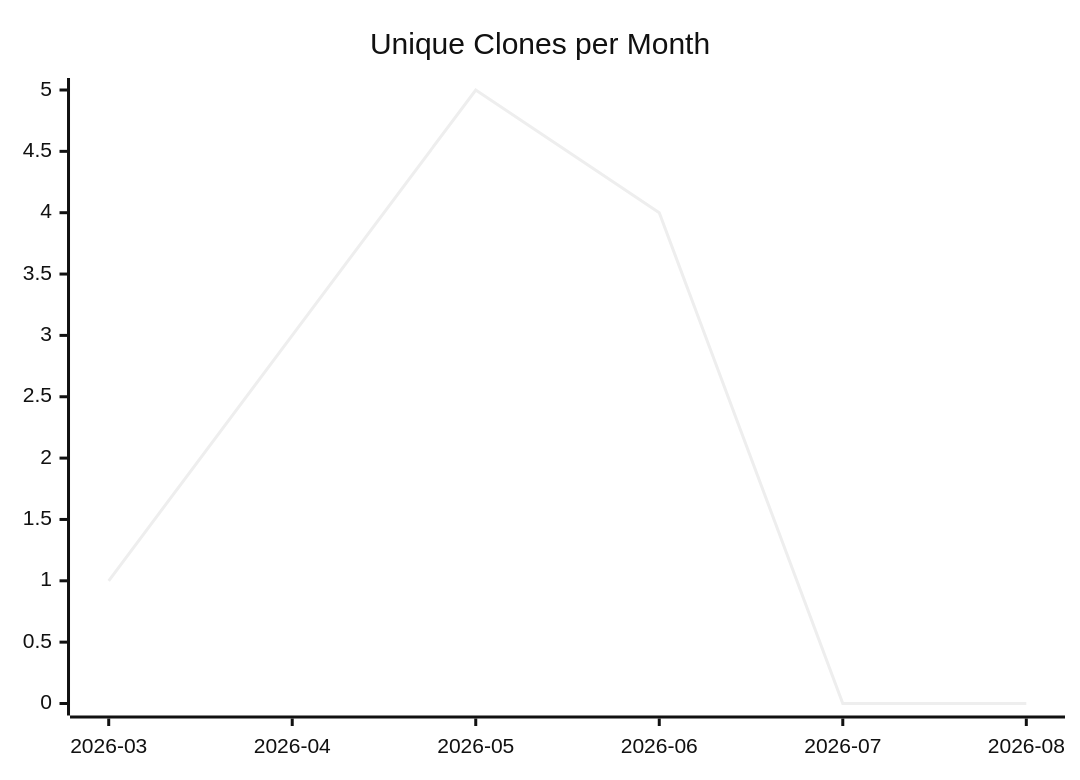
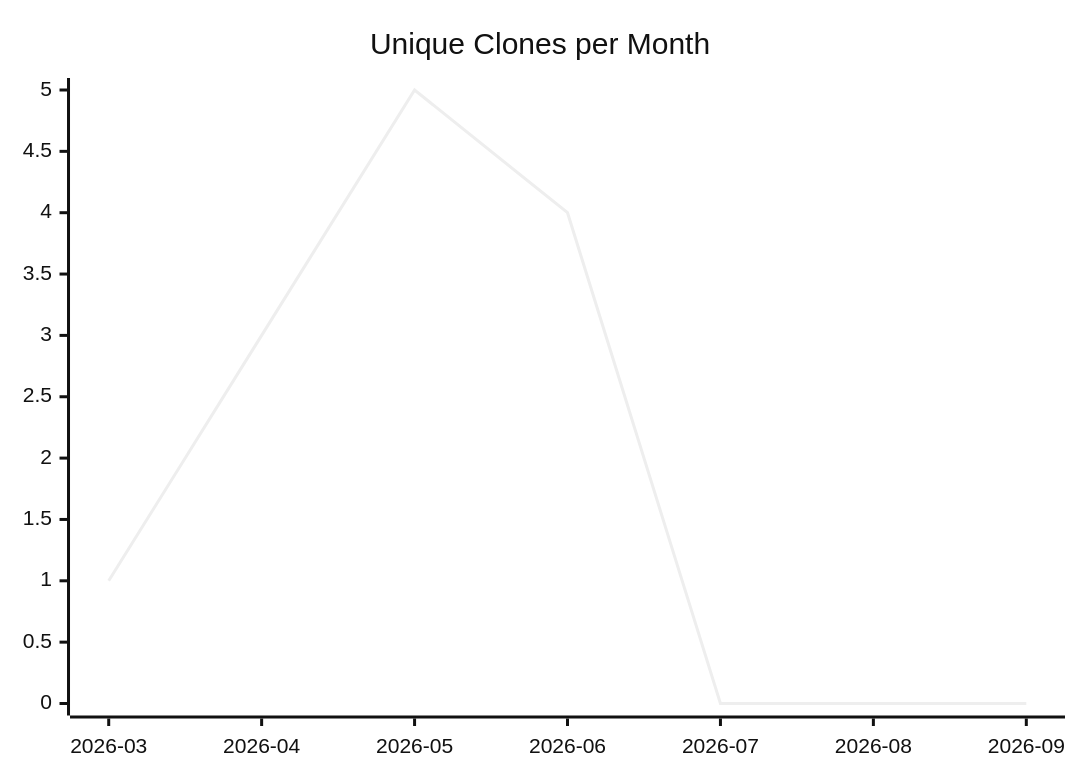
Before and after one commit to justdavis-family/github-analytics-data: the third of 3 diagrams in karlmdavis/liquibase/README.md, drawn with Mermaid (neutral theme). The commit also changed other lines of this file and 190 other files, not shown here.

````diff
--- a/karlmdavis/liquibase/README.md
+++ b/karlmdavis/liquibase/README.md
@@ -19,6 +19,6 @@
 ```mermaid
 xychart-beta
   title "Unique Clones per Month"
-  x-axis ["2026-03", "2026-04", "2026-05", "2026-06", "2026-07", "2026-08"]
-  line [1, 3, 5, 4, 0, 0]
+  x-axis ["2026-03", "2026-04", "2026-05", "2026-06", "2026-07", "2026-08", "2026-09"]
+  line [1, 3, 5, 4, 0, 0, 0]
 ```
````
